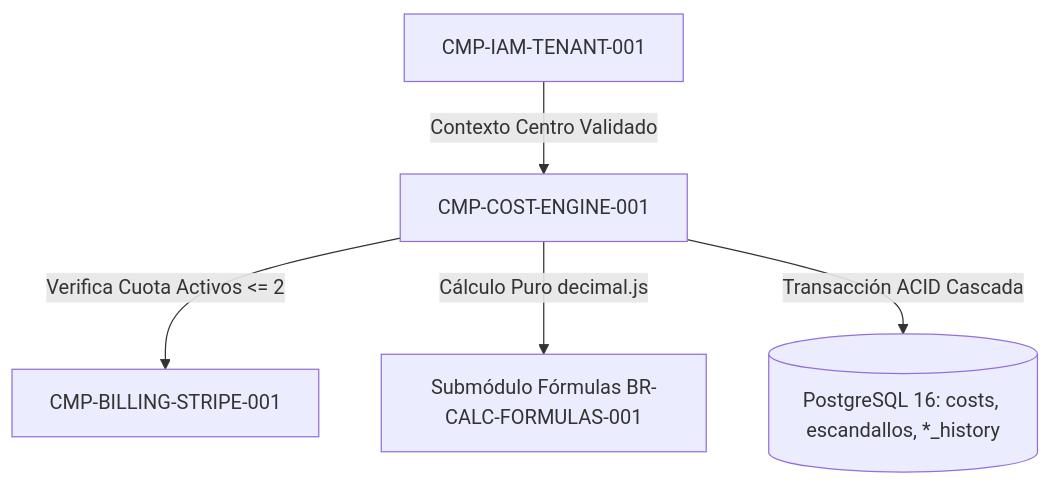
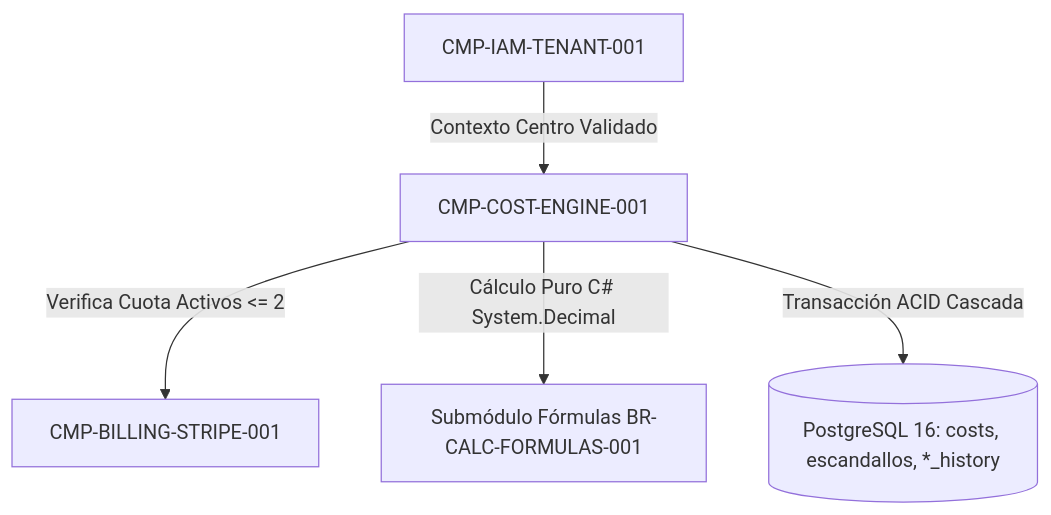
The diagram in specs/architecture/components/cmp-cost-engine-001.md (altromon/Escandallo), drawn with Mermaid before and after one commit. The commit also changed other lines of this file and 8263 other files, not shown here.

Commit message:
feat(release): complete Escandallo.Web UI, PostgreSQL 16 RLS schema, Docker deployment, and SDD integration (chg-001-escandallo-mvp)

````diff
--- a/specs/architecture/components/cmp-cost-engine-001.md
+++ b/specs/architecture/components/cmp-cost-engine-001.md
@@ -41,7 +51,7 @@
 ```mermaid
 graph TD
     IAM["CMP-IAM-TENANT-001"] -->|Contexto Centro Validado| Engine["CMP-COST-ENGINE-001"]
     Engine -->|Verifica Cuota Activos <= 2| Bill["CMP-BILLING-STRIPE-001"]
-    Engine -->|Cálculo Puro decimal.js| Calc["Submódulo Fórmulas BR-CALC-FORMULAS-001"]
+    Engine -->|Cálculo Puro C# System.Decimal| Calc["Submódulo Fórmulas BR-CALC-FORMULAS-001"]
     Engine -->|Transacción ACID Cascada| DB[("PostgreSQL 16: costs, escandallos, *_history")]
 ```
````
